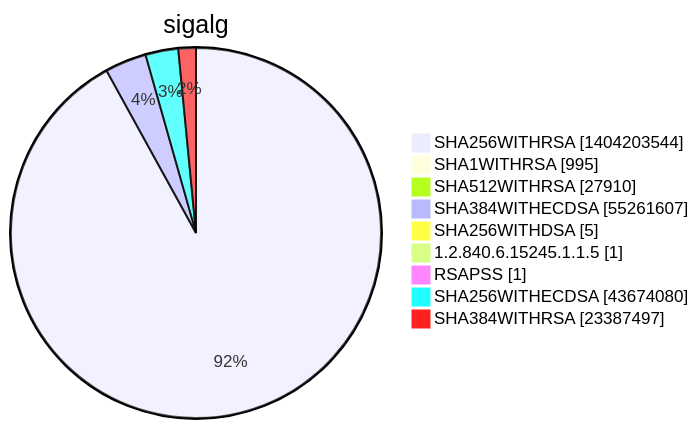
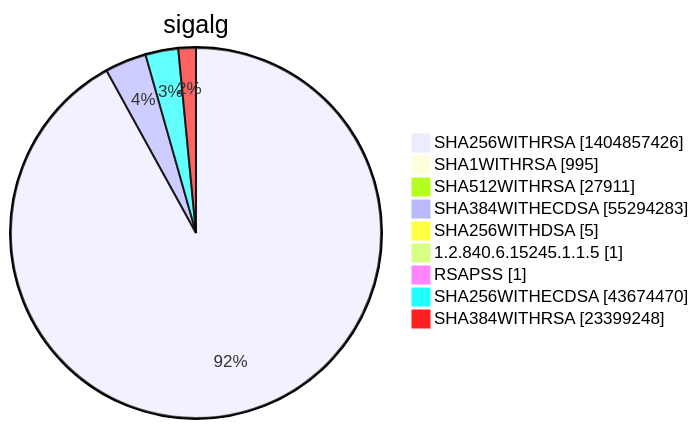
One commit to christiankrug/ctmonitor_visualization changed diagram 15 of 15 in xenon2022/README.md. Above: the diagram before and after it, drawn with Mermaid. The commit also changed other lines of this file, not shown here.

````diff
--- a/xenon2022/README.md
+++ b/xenon2022/README.md
@@ -5856,13 +5856,13 @@
 ```mermaid
 pie showData
 title sigalg
-"SHA256WITHRSA" :1404203544
+"SHA256WITHRSA" :1404857426
 "SHA1WITHRSA" :995
-"SHA512WITHRSA" :27910
-"SHA384WITHECDSA" :55261607
+"SHA512WITHRSA" :27911
+"SHA384WITHECDSA" :55294283
 "SHA256WITHDSA" :5
 "1.2.840.6.15245.1.1.5" :1
 "RSAPSS" :1
-"SHA256WITHECDSA" :43674080
-"SHA384WITHRSA" :23387497
+"SHA256WITHECDSA" :43674470
+"SHA384WITHRSA" :23399248
 ```
````
